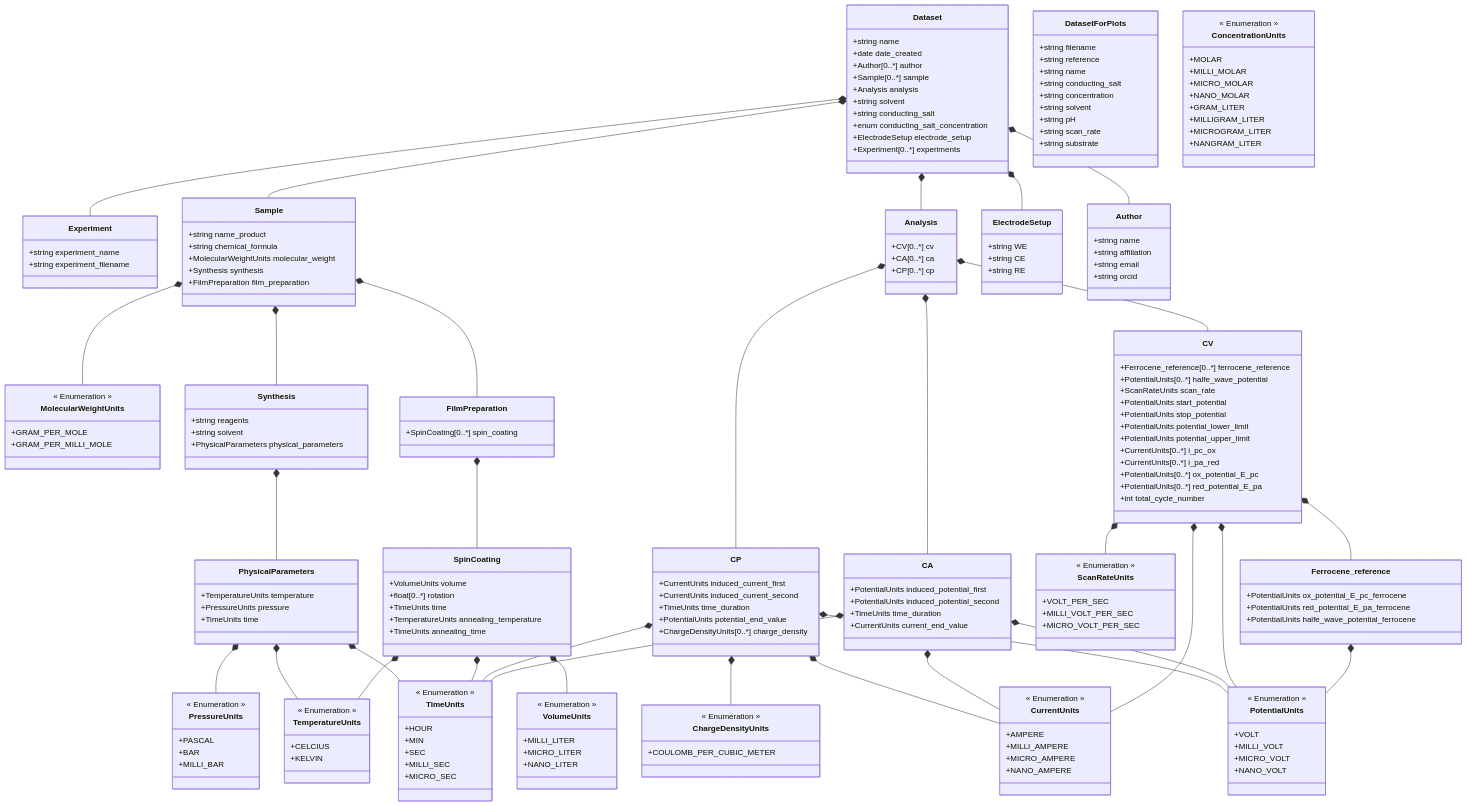
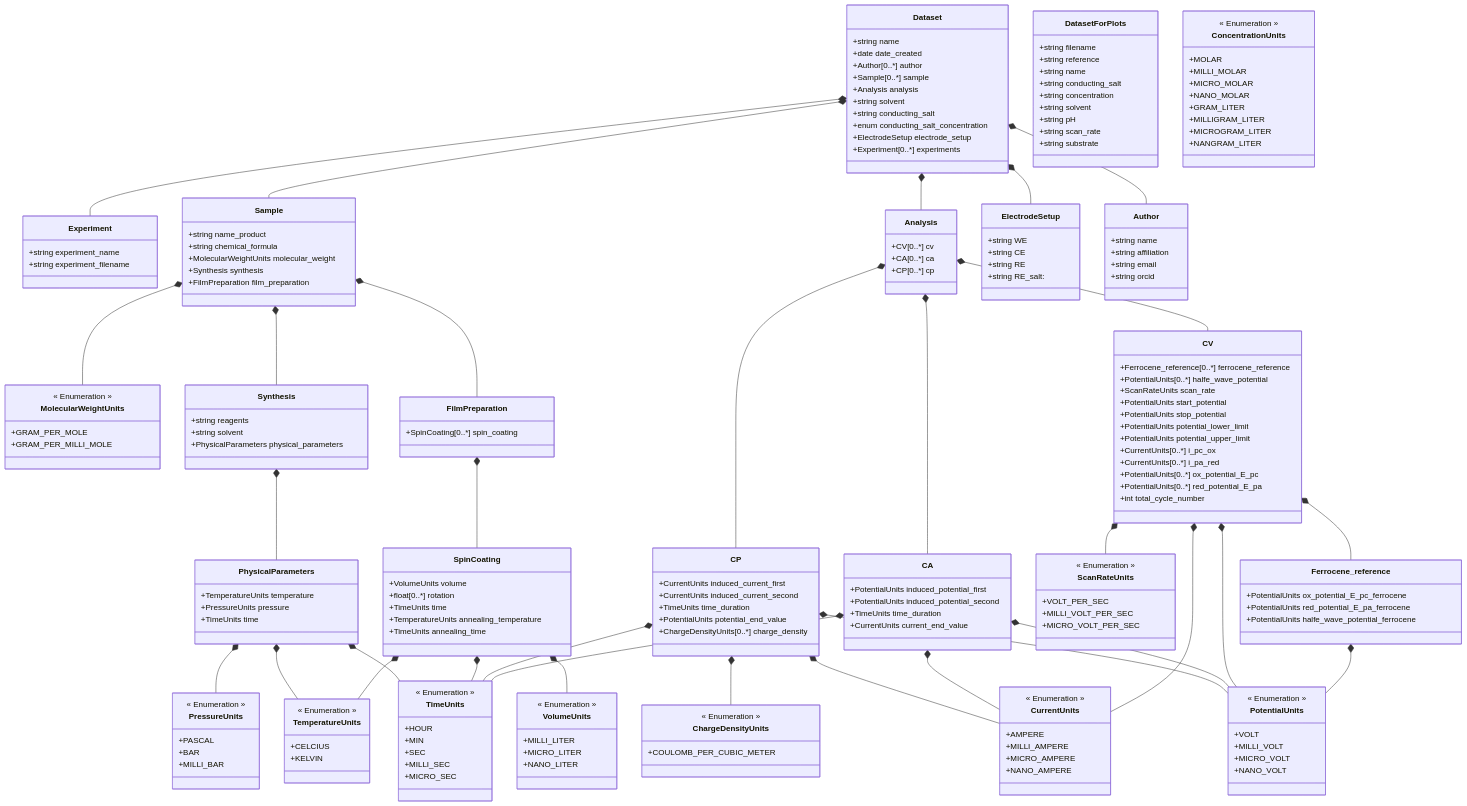
The diagram in ElectrochemistryDataModel/schemes/electrochemistrydatamodel_schema.md (FAIRChemistry/datamodel-electrochemistry), drawn with Mermaid before and after one commit. The commit also changed 16 other files, not shown here.

```diff
--- a/ElectrochemistryDataModel/schemes/electrochemistrydatamodel_schema.md
+++ b/ElectrochemistryDataModel/schemes/electrochemistrydatamodel_schema.md
@@ -140,6 +140,7 @@
         +string WE
         +string CE
         +string RE
+        +string RE_salt:
     }
     
     class Author {
```
